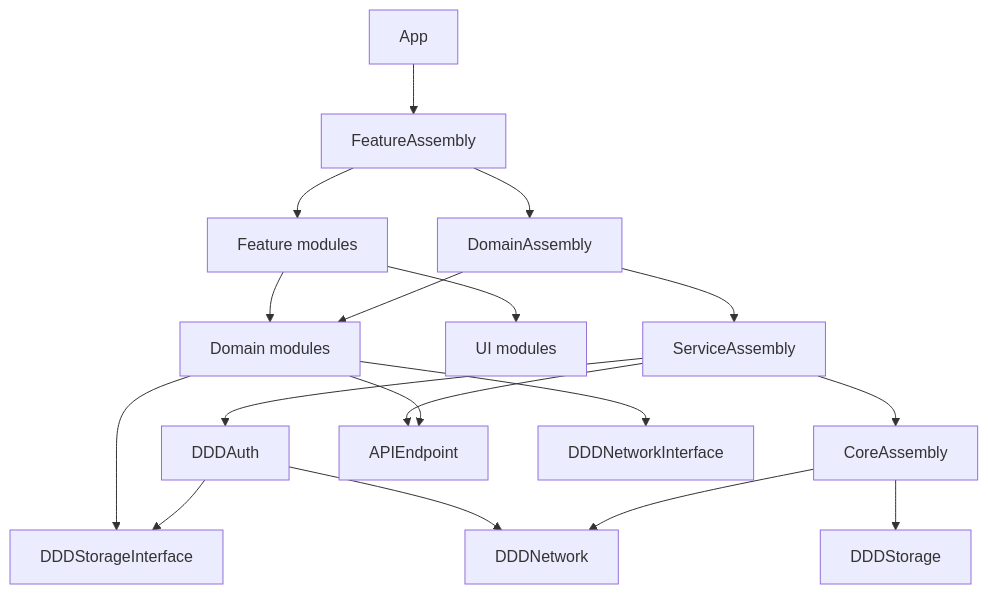
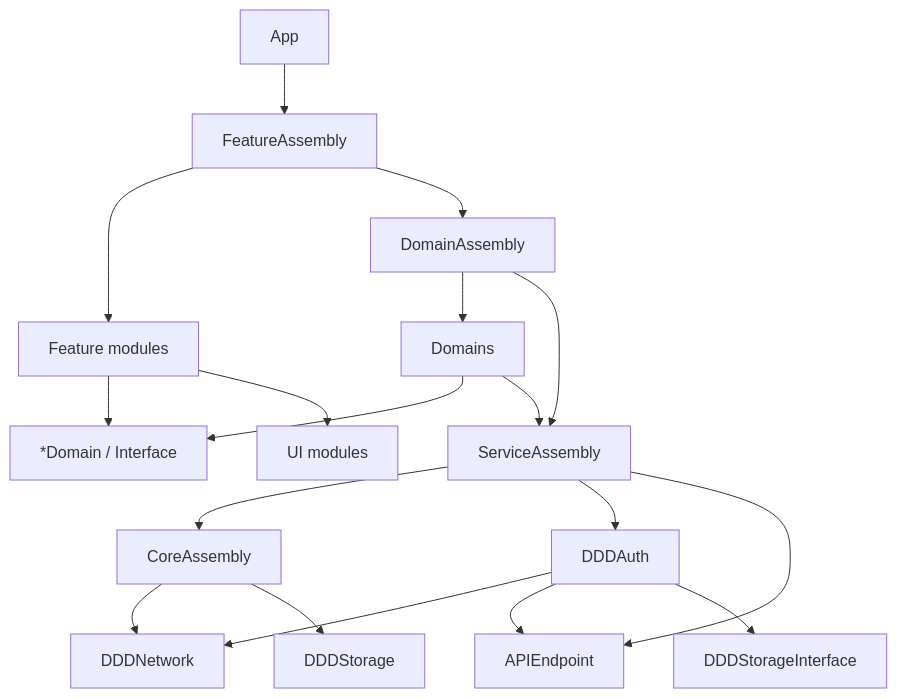
The diagram in README.md (DDD-Community/Attendance_iOS), drawn with Mermaid before and after one commit. The commit also changed other lines of this file and 7 other files, not shown here.

```diff
--- a/README.md
+++ b/README.md
@@ -94,26 +94,26 @@
 ~~~mermaid
 flowchart TD
     App --> FeatureAssembly
     FeatureAssembly --> Features[Feature modules]
     FeatureAssembly --> DomainAssembly
 
-    Features --> Domains[Domain modules]
+    Features --> DomainIface["*Domain / Interface"]
     Features --> UI[UI modules]
 
     DomainAssembly --> Domains
     DomainAssembly --> ServiceAssembly
 
     ServiceAssembly --> CoreAssembly
     ServiceAssembly --> DDDAuth
     ServiceAssembly --> APIEndpoint
 
-    Domains --> APIEndpoint
-    Domains --> NetworkInterface[DDDNetworkInterface]
-    Domains --> StorageInterface[DDDStorageInterface]
+    Domains --> DomainIface
+    Domains --> ServiceAssembly
 
     DDDAuth --> DDDNetwork
-    DDDAuth --> StorageInterface
+    DDDAuth --> APIEndpoint
+    DDDAuth --> StorageInterface[DDDStorageInterface]
 
     CoreAssembly --> DDDNetwork
     CoreAssembly --> DDDStorage
 ~~~
```
